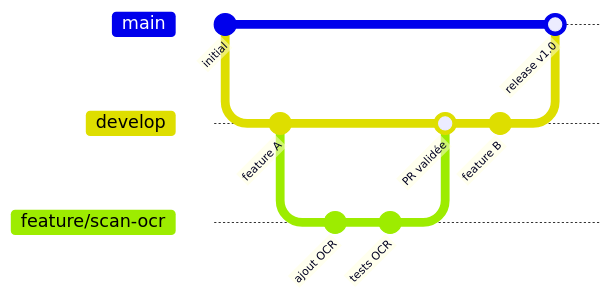
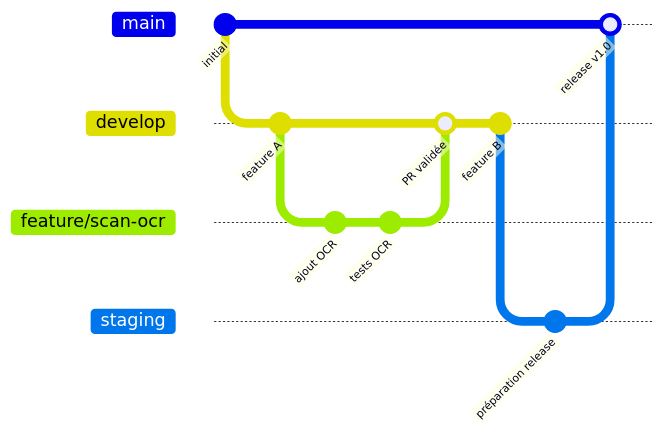
The first of 4 diagrams in docs/devops/D02-cicd.md (Collectionr/collectionr_epitech), drawn with Mermaid before and after one commit. The commit also changed other lines of this file, not shown here.

````diff
--- a/docs/devops/D02-cicd.md
+++ b/docs/devops/D02-cicd.md
@@ -71,16 +71,19 @@
 ```mermaid
 gitGraph
     commit id: "initial"
     branch develop
     checkout develop
     commit id: "feature A"
     branch feature/scan-ocr
     checkout feature/scan-ocr
     commit id: "ajout OCR"
     commit id: "tests OCR"
     checkout develop
     merge feature/scan-ocr id: "PR validée"
     commit id: "feature B"
+    branch staging
+    checkout staging
+    commit id: "préparation release"
     checkout main
-    merge develop id: "release v1.0"
+    merge staging id: "release v1.0"
 ```
````
